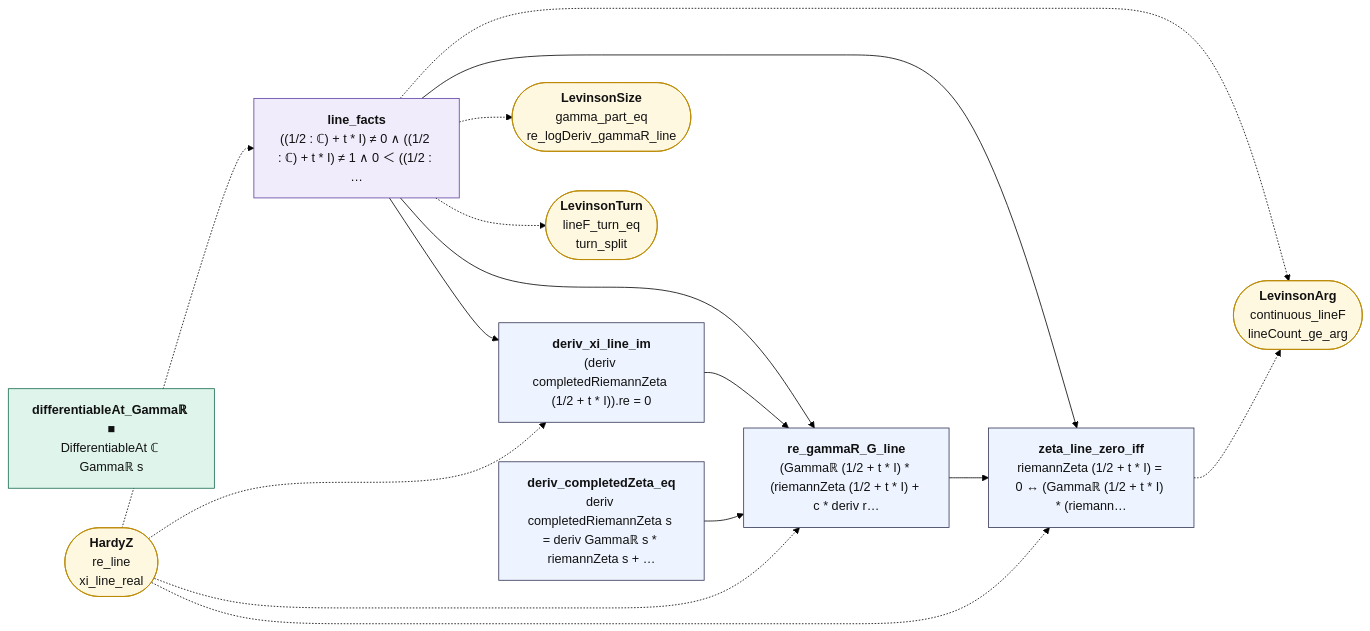
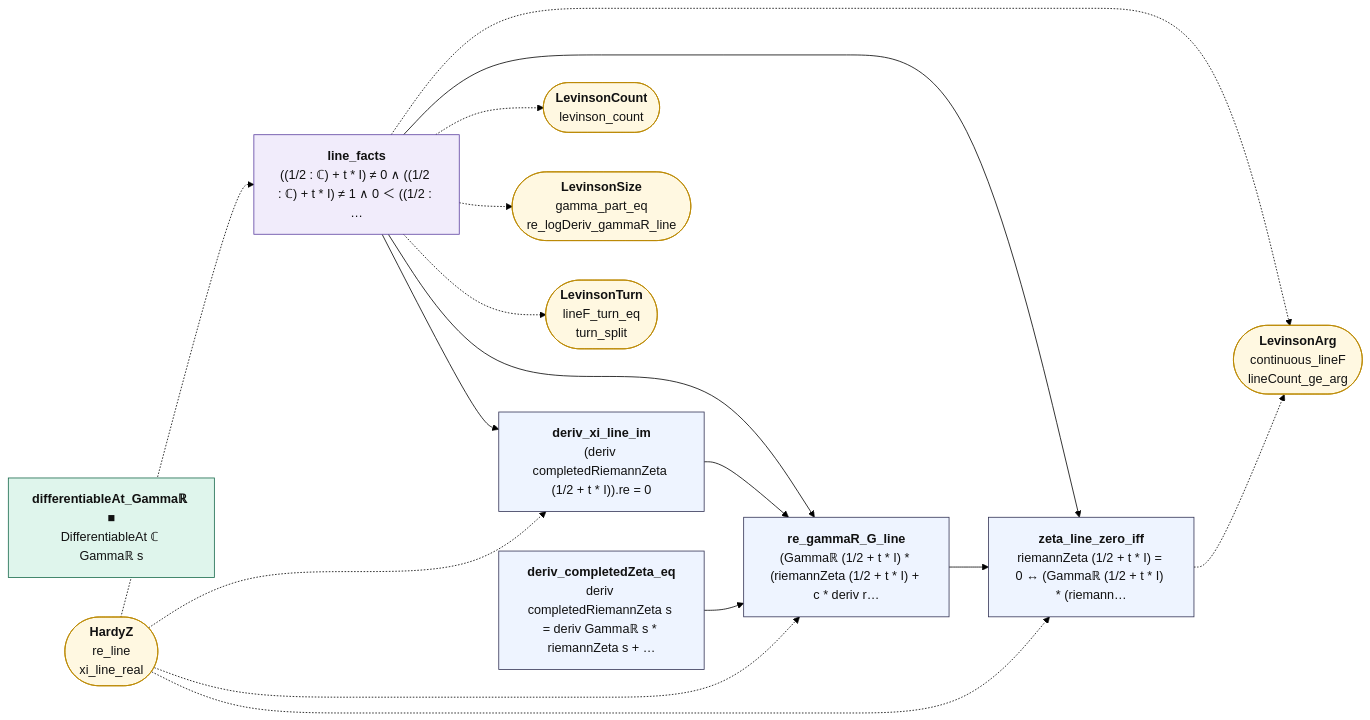
Before and after one commit to juliansambranojr/Primebeat_081426: the diagram in map/lean_stage3/LevinsonLine.mmd, drawn with Mermaid (forest theme). The commit also changed 26 other files, not shown here.

```diff
--- a/map/lean_stage3/LevinsonLine.mmd
+++ b/map/lean_stage3/LevinsonLine.mmd
@@ -1,33 +1,35 @@
 flowchart LR
   n0["<b>line_facts</b><br/>((1/2 : ℂ) + t * I) ≠ 0 ∧ ((1/2 : ℂ) + t * I) ≠ 1 ∧ 0 ＜ ((1/2 : …"]:::shp
   n1["<b>deriv_xi_line_im</b><br/>(deriv completedRiemannZeta (1/2 + t * I)).re = 0"]:::thm
   n2["<b>differentiableAt_Gammaℝ ■</b><br/>DifferentiableAt ℂ Gammaℝ s"]:::cnt
   n3["<b>deriv_completedZeta_eq</b><br/>deriv completedRiemannZeta s = deriv Gammaℝ s * riemannZeta s + …"]:::thm
   n4["<b>re_gammaR_G_line</b><br/>(Gammaℝ (1/2 + t * I) * (riemannZeta (1/2 + t * I) + c * deriv r…"]:::thm
   n5["<b>zeta_line_zero_iff</b><br/>riemannZeta (1/2 + t * I) = 0 ↔ (Gammaℝ (1/2 + t * I) * (riemann…"]:::thm
   x0(["<b>HardyZ</b><br/>re_line<br/>xi_line_real"]):::ext
   x1(["<b>LevinsonArg</b><br/>continuous_lineF<br/>lineCount_ge_arg"]):::ext
-  x2(["<b>LevinsonSize</b><br/>gamma_part_eq<br/>re_logDeriv_gammaR_line"]):::ext
-  x3(["<b>LevinsonTurn</b><br/>lineF_turn_eq<br/>turn_split"]):::ext
+  x2(["<b>LevinsonCount</b><br/>levinson_count"]):::ext
+  x3(["<b>LevinsonSize</b><br/>gamma_part_eq<br/>re_logDeriv_gammaR_line"]):::ext
+  x4(["<b>LevinsonTurn</b><br/>lineF_turn_eq<br/>turn_split"]):::ext
   n0 --> n1
   n0 --> n4
   n0 --> n5
   n1 --> n4
   n3 --> n4
   n4 --> n5
   n0 -.-> x1
   n0 -.-> x2
   n0 -.-> x3
+  n0 -.-> x4
   n5 -.-> x1
   x0 -.-> n0
   x0 -.-> n1
   x0 -.-> n4
   x0 -.-> n5
   classDef cnt fill:#dff5ec,stroke:#17694a,color:#111
   classDef shp fill:#f1ecfb,stroke:#5b3fa0,color:#111
   classDef rh fill:#ffe5e5,stroke:#c22,color:#111,stroke-width:2px
   classDef thm fill:#eef4ff,stroke:#335,color:#111
   classDef end_ fill:#e7f7e7,stroke:#2a7,color:#111,stroke-width:2px
   classDef lone fill:#fff,stroke:#999,color:#111,stroke-dasharray:4 3
   classDef bad fill:#ffe5e5,stroke:#c22,color:#111,stroke-width:2px
   classDef ext fill:#fff8e1,stroke:#b80,color:#111
```
